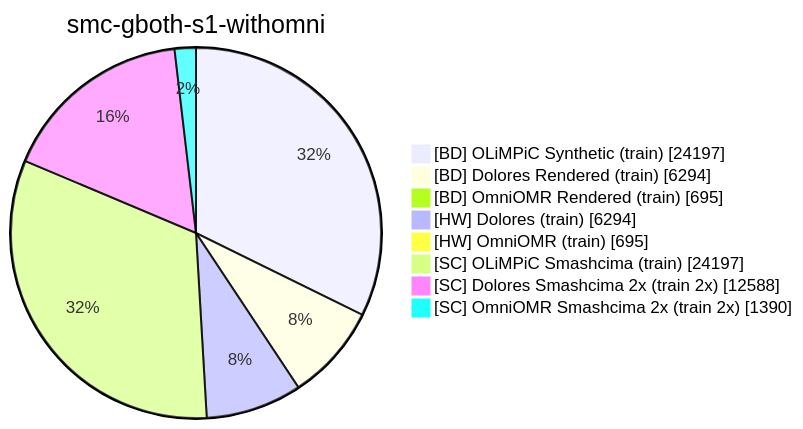
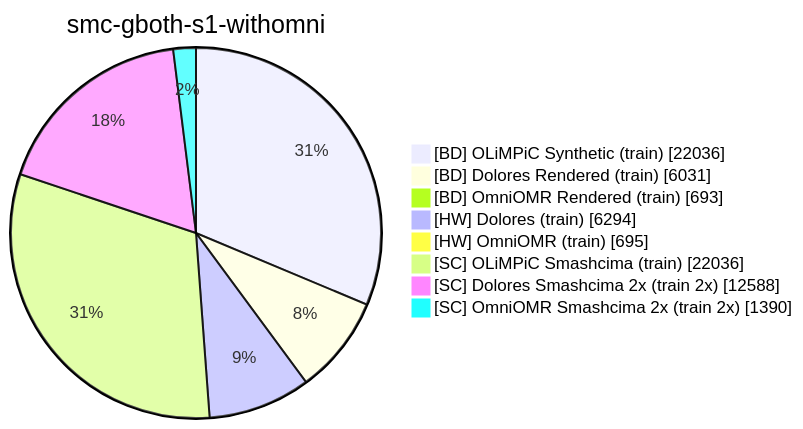
One commit to Jirka-Mayer/ijdar changed the fifth of 8 diagrams in docs/smashcima.md. Above: the diagram before and after it, drawn with Mermaid. The commit also changed other lines of this file and 2 other files, not shown here.

````diff
--- a/docs/smashcima.md
+++ b/docs/smashcima.md
@@ -124,11 +128,11 @@
 ```mermaid
 pie showData title smc-gboth-s1-withomni
-    "[BD] OLiMPiC Synthetic (train)" : 24197
-    "[BD] Dolores Rendered (train)" : 6294
-    "[BD] OmniOMR Rendered (train)" : 695
+    "[BD] OLiMPiC Synthetic (train)" : 22036
+    "[BD] Dolores Rendered (train)" : 6031
+    "[BD] OmniOMR Rendered (train)" : 693
     "[HW] Dolores (train)" : 6294
     "[HW] OmniOMR (train)" : 695
-    "[SC] OLiMPiC Smashcima (train)" : 24197
+    "[SC] OLiMPiC Smashcima (train)" : 22036
     "[SC] Dolores Smashcima 2x (train 2x)" : 12588
     "[SC] OmniOMR Smashcima 2x (train 2x)" : 1390
 ```
````
